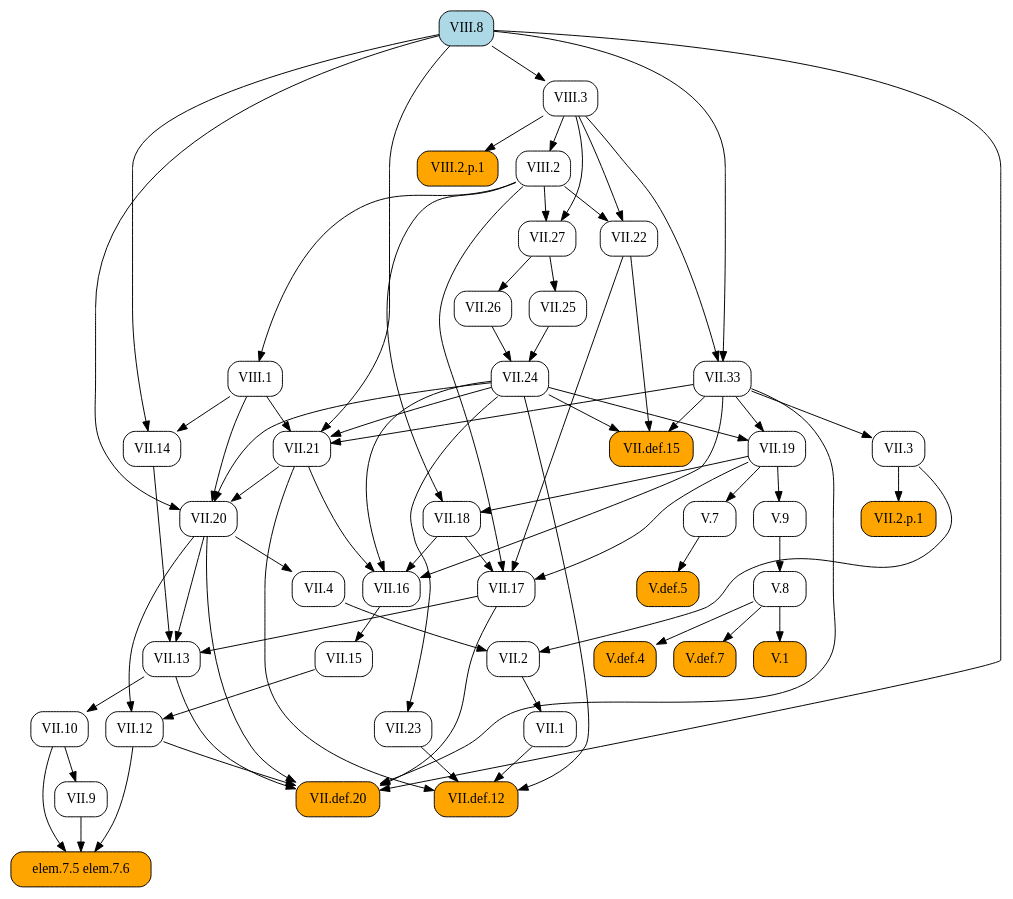
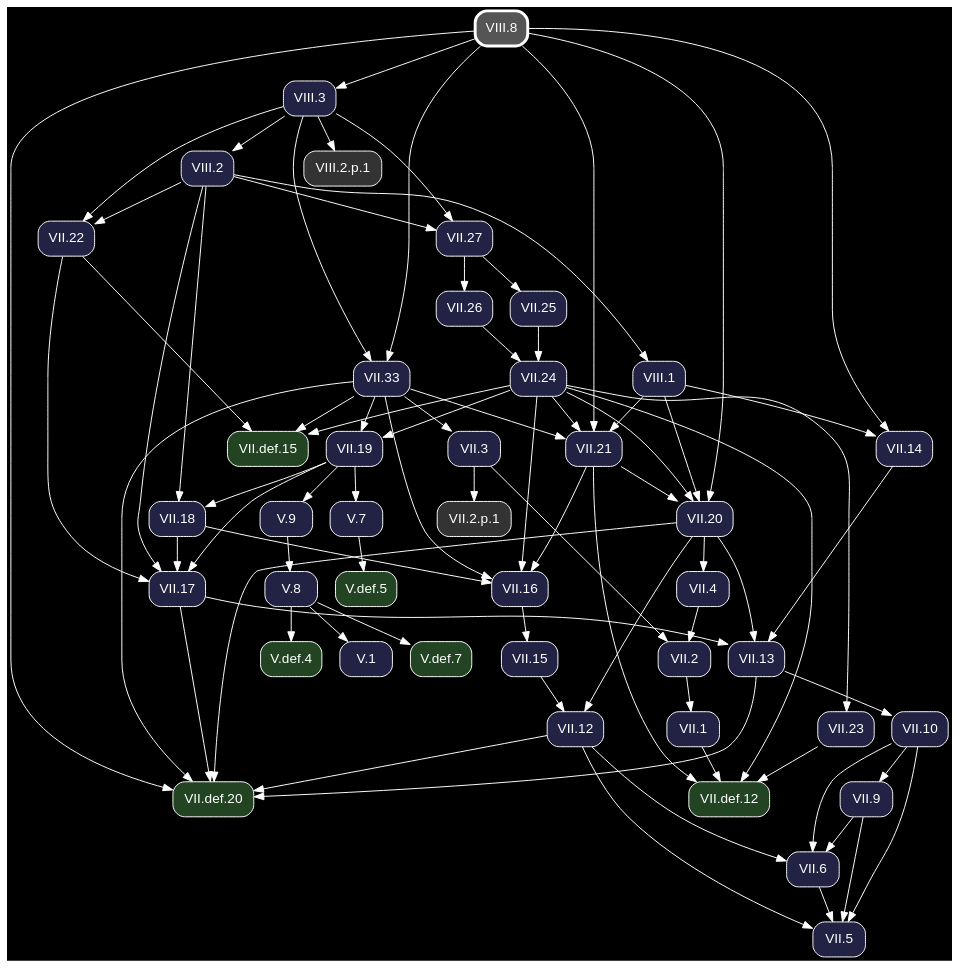
Before and after one commit to geometor/elements: the diagram in docsrc/heath/VIII/8/index.rst, drawn with Graphviz. The commit also changed other lines of this file and 1200 other files, not shown here.

Commit message:
update dependency graphs

```diff
--- a/docsrc/heath/VIII/8/index.rst
+++ b/docsrc/heath/VIII/8/index.rst
@@ -46,82 +46,56 @@
 .. graphviz::
 
    digraph {
+     bgcolor="black";
+     node [shape=box, style="rounded,filled", fontname="Helvetica", color="white", fontcolor="white"];
+     edge [color="white", fontcolor="white"];
      rankdir="TB";
-     node [shape=box, style=rounded];
-     "VII.33" [URL="/heath/VII/33/", target="_top"];
-     "VII.12" [URL="/heath/VII/12/", target="_top"];
-     "elem.7.5 elem.7.6" [style="rounded,filled", fillcolor=orange];
-     "VII.9" [URL="/heath/VII/9/", target="_top"];
-     "VIII.2" [URL="/heath/VIII/2/", target="_top"];
-     "VII.18" [URL="/heath/VII/18/", target="_top"];
-     "VII.16" [URL="/heath/VII/16/", target="_top"];
-     "V.7" [URL="/heath/V/7/", target="_top"];
-     "VII.26" [URL="/heath/VII/26/", target="_top"];
-     "V.def.5" [style="rounded,filled", fillcolor=orange, URL="/heath/V/def.5/", target="_top"];
-     "V.9" [URL="/heath/V/9/", target="_top"];
-     "VIII.8" [style="rounded,filled", fillcolor=lightblue, URL="/heath/VIII/8/", target="_top"];
-     "VII.10" [URL="/heath/VII/10/", target="_top"];
-     "VIII.3" [URL="/heath/VIII/3/", target="_top"];
-     "VII.13" [URL="/heath/VII/13/", target="_top"];
-     "VII.def.15" [style="rounded,filled", fillcolor=orange, URL="/heath/VII/def.15/", target="_top"];
-     "VIII.2.p.1" [style="rounded,filled", fillcolor=orange];
-     "VII.19" [URL="/heath/VII/19/", target="_top"];
-     "VII.17" [URL="/heath/VII/17/", target="_top"];
-     "VII.2" [URL="/heath/VII/2/", target="_top"];
-     "VII.def.20" [style="rounded,filled", fillcolor=orange, URL="/heath/VII/def.20/", target="_top"];
-     "VII.2.p.1" [style="rounded,filled", fillcolor=orange];
-     "VII.15" [URL="/heath/VII/15/", target="_top"];
-     "V.def.4" [style="rounded,filled", fillcolor=orange, URL="/heath/V/def.4/", target="_top"];
-     "V.def.7" [style="rounded,filled", fillcolor=orange, URL="/heath/V/def.7/", target="_top"];
-     "VII.14" [URL="/heath/VII/14/", target="_top"];
-     "VII.27" [URL="/heath/VII/27/", target="_top"];
-     "VII.21" [URL="/heath/VII/21/", target="_top"];
-     "VII.22" [URL="/heath/VII/22/", target="_top"];
-     "VII.25" [URL="/heath/VII/25/", target="_top"];
-     "VIII.1" [URL="/heath/VIII/1/", target="_top"];
-     "VII.1" [URL="/heath/VII/1/", target="_top"];
-     "V.8" [URL="/heath/V/8/", target="_top"];
-     "VII.23" [URL="/heath/VII/23/", target="_top"];
-     "VII.4" [URL="/heath/VII/4/", target="_top"];
-     "VII.def.12" [style="rounded,filled", fillcolor=orange, URL="/heath/VII/def.12/", target="_top"];
-     "V.1" [style="rounded,filled", fillcolor=orange, URL="/heath/V/1/", target="_top"];
-     "VII.3" [URL="/heath/VII/3/", target="_top"];
-     "VII.24" [URL="/heath/VII/24/", target="_top"];
-     "VII.20" [URL="/heath/VII/20/", target="_top"];
+     "VII.33" [fillcolor="#222244", URL="/heath/VII/33/", target="_top"];
+     "V.def.5" [fillcolor="#224422", URL="/heath/V/def.5/", target="_top"];
+     "VII.18" [fillcolor="#222244", URL="/heath/VII/18/", target="_top"];
+     "VII.2" [fillcolor="#222244", URL="/heath/VII/2/", target="_top"];
+     "VII.def.20" [fillcolor="#224422", URL="/heath/VII/def.20/", target="_top"];
+     "VIII.8" [penwidth=3, color="white", fillcolor="#555555", URL="/heath/VIII/8/", target="_top"];
+     "VII.26" [fillcolor="#222244", URL="/heath/VII/26/", target="_top"];
+     "VII.1" [fillcolor="#222244", URL="/heath/VII/1/", target="_top"];
+     "VII.13" [fillcolor="#222244", URL="/heath/VII/13/", target="_top"];
+     "VIII.2.p.1" [fillcolor="#333333"];
+     "VII.27" [fillcolor="#222244", URL="/heath/VII/27/", target="_top"];
+     "VII.4" [fillcolor="#222244", URL="/heath/VII/4/", target="_top"];
+     "VII.25" [fillcolor="#222244", URL="/heath/VII/25/", target="_top"];
+     "VII.21" [fillcolor="#222244", URL="/heath/VII/21/", target="_top"];
+     "VII.9" [fillcolor="#222244", URL="/heath/VII/9/", target="_top"];
+     "V.7" [fillcolor="#222244", URL="/heath/V/7/", target="_top"];
+     "VII.12" [fillcolor="#222244", URL="/heath/VII/12/", target="_top"];
+     "V.9" [fillcolor="#222244", URL="/heath/V/9/", target="_top"];
+     "VII.17" [fillcolor="#222244", URL="/heath/VII/17/", target="_top"];
+     "VII.24" [fillcolor="#222244", URL="/heath/VII/24/", target="_top"];
+     "VII.22" [fillcolor="#222244", URL="/heath/VII/22/", target="_top"];
+     "VIII.2" [fillcolor="#222244", URL="/heath/VIII/2/", target="_top"];
+     "V.def.7" [fillcolor="#224422", URL="/heath/V/def.7/", target="_top"];
+     "VII.20" [fillcolor="#222244", URL="/heath/VII/20/", target="_top"];
+     "V.def.4" [fillcolor="#224422", URL="/heath/V/def.4/", target="_top"];
+     "VII.5" [fillcolor="#222244", URL="/heath/VII/5/", target="_top"];
+     "VII.def.15" [fillcolor="#224422", URL="/heath/VII/def.15/", target="_top"];
+     "VIII.3" [fillcolor="#222244", URL="/heath/VIII/3/", target="_top"];
+     "VII.2.p.1" [fillcolor="#333333"];
+     "VII.6" [fillcolor="#222244", URL="/heath/VII/6/", target="_top"];
+     "VII.16" [fillcolor="#222244", URL="/heath/VII/16/", target="_top"];
+     "VII.15" [fillcolor="#222244", URL="/heath/VII/15/", target="_top"];
+     "V.1" [fillcolor="#222244", URL="/heath/V/1/", target="_top"];
+     "VII.10" [fillcolor="#222244", URL="/heath/VII/10/", target="_top"];
+     "VII.23" [fillcolor="#222244", URL="/heath/VII/23/", target="_top"];
+     "VII.def.12" [fillcolor="#224422", URL="/heath/VII/def.12/", target="_top"];
+     "VII.19" [fillcolor="#222244", URL="/heath/VII/19/", target="_top"];
+     "VIII.1" [fillcolor="#222244", URL="/heath/VIII/1/", target="_top"];
+     "V.8" [fillcolor="#222244", URL="/heath/V/8/", target="_top"];
+     "VII.3" [fillcolor="#222244", URL="/heath/VII/3/", target="_top"];
+     "VII.14" [fillcolor="#222244", URL="/heath/VII/14/", target="_top"];
      "VIII.3" -> "VII.33";
      "VIII.8" -> "VII.33";
-     "VII.15" -> "VII.12";
-     "VII.20" -> "VII.12";
-     "VII.9" -> "elem.7.5 elem.7.6";
-     "VII.10" -> "elem.7.5 elem.7.6";
-     "VII.12" -> "elem.7.5 elem.7.6";
-     "VII.10" -> "VII.9";
-     "VIII.3" -> "VIII.2";
+     "V.7" -> "V.def.5";
      "VII.19" -> "VII.18";
      "VIII.2" -> "VII.18";
-     "VII.18" -> "VII.16";
-     "VII.21" -> "VII.16";
-     "VII.24" -> "VII.16";
-     "VII.33" -> "VII.16";
-     "VII.19" -> "V.7";
-     "VII.27" -> "VII.26";
-     "V.7" -> "V.def.5";
-     "VII.19" -> "V.9";
-     "VII.13" -> "VII.10";
-     "VIII.8" -> "VIII.3";
-     "VII.14" -> "VII.13";
-     "VII.17" -> "VII.13";
-     "VII.20" -> "VII.13";
-     "VII.22" -> "VII.def.15";
-     "VII.24" -> "VII.def.15";
-     "VII.33" -> "VII.def.15";
-     "VIII.3" -> "VIII.2.p.1";
-     "VII.24" -> "VII.19";
-     "VII.33" -> "VII.19";
-     "VII.18" -> "VII.17";
-     "VII.19" -> "VII.17";
-     "VII.22" -> "VII.17";
-     "VIII.2" -> "VII.17";
      "VII.3" -> "VII.2";
      "VII.4" -> "VII.2";
      "VII.12" -> "VII.def.20";
@@ -130,36 +104,69 @@
      "VII.20" -> "VII.def.20";
      "VII.33" -> "VII.def.20";
      "VIII.8" -> "VII.def.20";
-     "VII.3" -> "VII.2.p.1";
-     "VII.16" -> "VII.15";
-     "V.8" -> "V.def.4";
-     "V.8" -> "V.def.7";
-     "VIII.1" -> "VII.14";
-     "VIII.8" -> "VII.14";
+     "VII.27" -> "VII.26";
+     "VII.2" -> "VII.1";
+     "VII.14" -> "VII.13";
+     "VII.17" -> "VII.13";
+     "VII.20" -> "VII.13";
+     "VIII.3" -> "VIII.2.p.1";
      "VIII.2" -> "VII.27";
      "VIII.3" -> "VII.27";
+     "VII.20" -> "VII.4";
+     "VII.27" -> "VII.25";
      "VII.24" -> "VII.21";
      "VII.33" -> "VII.21";
      "VIII.1" -> "VII.21";
      "VIII.8" -> "VII.21";
+     "VII.10" -> "VII.9";
+     "VII.19" -> "V.7";
+     "VII.15" -> "VII.12";
+     "VII.20" -> "VII.12";
+     "VII.19" -> "V.9";
+     "VII.18" -> "VII.17";
+     "VII.19" -> "VII.17";
+     "VII.22" -> "VII.17";
+     "VIII.2" -> "VII.17";
+     "VII.25" -> "VII.24";
+     "VII.26" -> "VII.24";
      "VIII.2" -> "VII.22";
      "VIII.3" -> "VII.22";
-     "VII.27" -> "VII.25";
-     "VIII.2" -> "VIII.1";
-     "VII.2" -> "VII.1";
-     "V.9" -> "V.8";
+     "VIII.3" -> "VIII.2";
+     "V.8" -> "V.def.7";
+     "VII.21" -> "VII.20";
+     "VII.24" -> "VII.20";
+     "VIII.1" -> "VII.20";
+     "VIII.8" -> "VII.20";
+     "V.8" -> "V.def.4";
+     "VII.6" -> "VII.5";
+     "VII.9" -> "VII.5";
+     "VII.10" -> "VII.5";
+     "VII.12" -> "VII.5";
+     "VII.22" -> "VII.def.15";
+     "VII.24" -> "VII.def.15";
+     "VII.33" -> "VII.def.15";
+     "VIII.8" -> "VIII.3";
+     "VII.3" -> "VII.2.p.1";
+     "VII.9" -> "VII.6";
+     "VII.10" -> "VII.6";
+     "VII.12" -> "VII.6";
+     "VII.18" -> "VII.16";
+     "VII.21" -> "VII.16";
+     "VII.24" -> "VII.16";
+     "VII.33" -> "VII.16";
+     "VII.16" -> "VII.15";
+     "V.8" -> "V.1";
+     "VII.13" -> "VII.10";
      "VII.24" -> "VII.23";
-     "VII.20" -> "VII.4";
      "VII.1" -> "VII.def.12";
      "VII.21" -> "VII.def.12";
      "VII.23" -> "VII.def.12";
      "VII.24" -> "VII.def.12";
-     "V.8" -> "V.1";
+     "VII.24" -> "VII.19";
+     "VII.33" -> "VII.19";
+     "VIII.2" -> "VIII.1";
+     "V.9" -> "V.8";
      "VII.33" -> "VII.3";
-     "VII.25" -> "VII.24";
-     "VII.26" -> "VII.24";
-     "VII.21" -> "VII.20";
-     "VII.24" -> "VII.20";
-     "VIII.1" -> "VII.20";
-     "VIII.8" -> "VII.20";
+     "VIII.1" -> "VII.14";
+     "VIII.8" -> "VII.14";
    }
```
